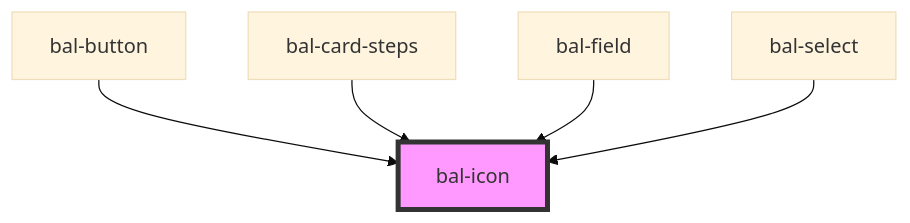
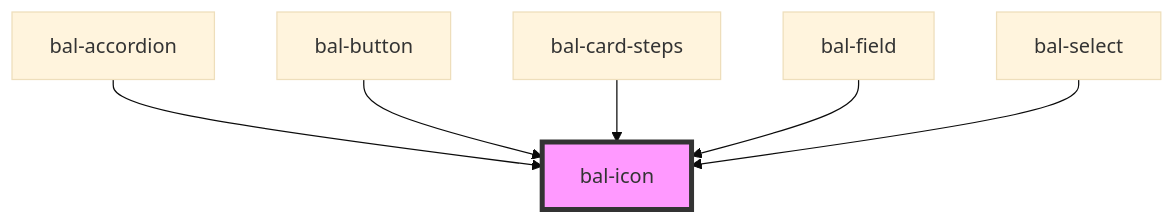
The diagram in packages/library/src/components/bal-icon/readme.md (baloise/ui-library-next), drawn with Mermaid (base theme) before and after one commit. The commit also changed other lines of this file and 11 other files, not shown here.

````diff
--- a/packages/library/src/components/bal-icon/readme.md
+++ b/packages/library/src/components/bal-icon/readme.md
@@ -94,8 +95,9 @@
 ```mermaid
 graph TD;
+  bal-accordion --> bal-icon
   bal-button --> bal-icon
   bal-card-steps --> bal-icon
   bal-field --> bal-icon
   bal-select --> bal-icon
   style bal-icon fill:#f9f,stroke:#333,stroke-width:4px
 ```
````
